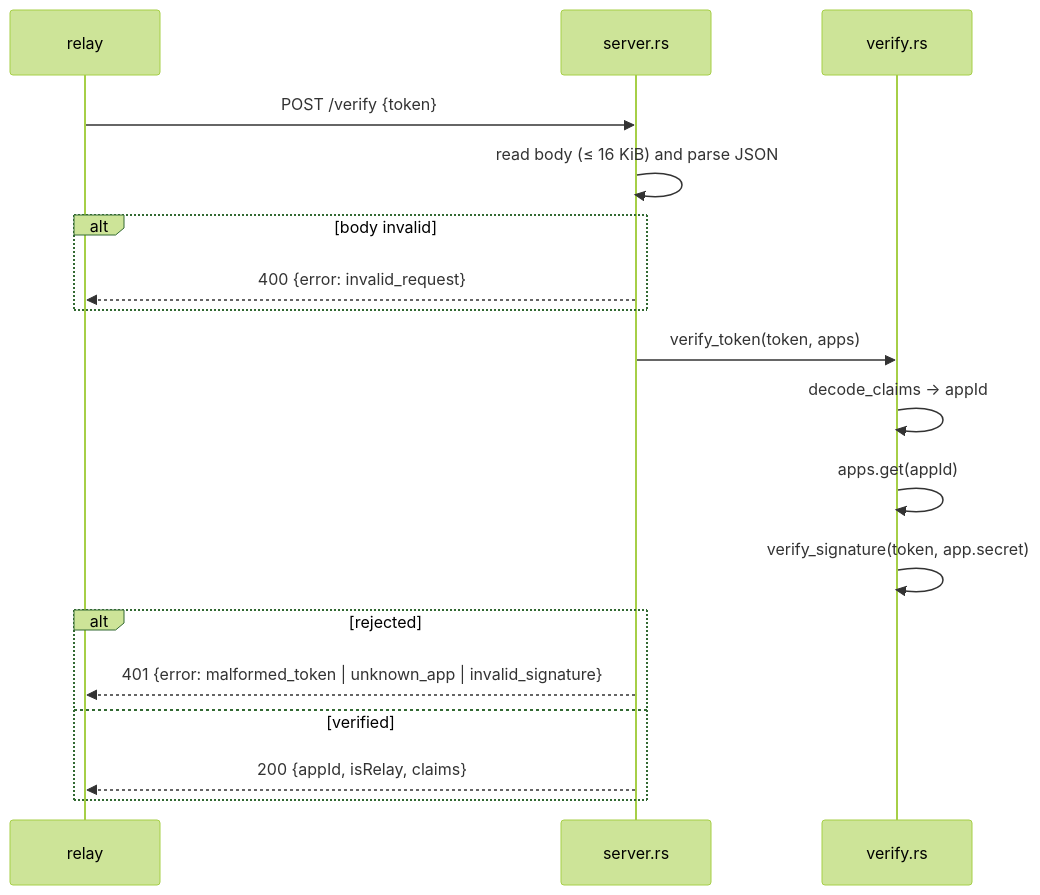
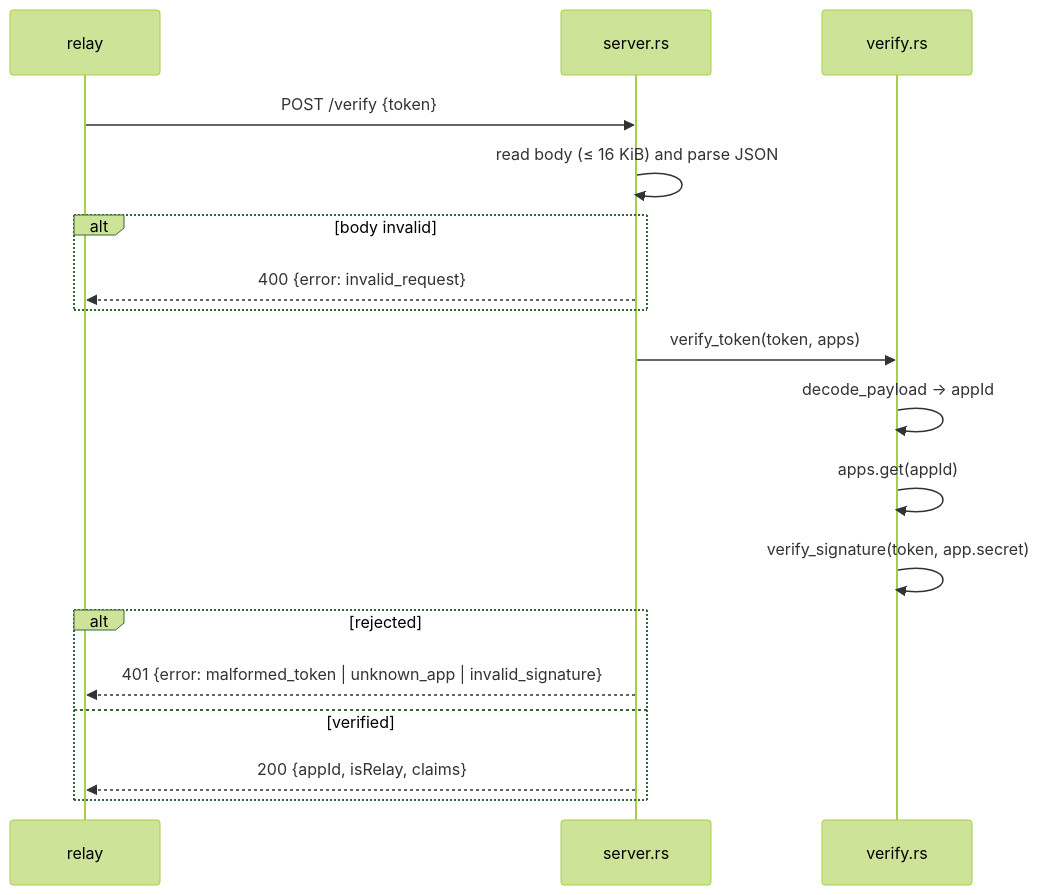
Before and after one commit to nttcom/moq-wasm: the diagram in docs/architecture/vts/architecture.md, drawn with Mermaid (forest theme). The commit also changed other lines of this file and 12 other files, not shown here.

````diff
--- a/docs/architecture/vts/architecture.md
+++ b/docs/architecture/vts/architecture.md
@@ -32,20 +31,20 @@
 ```mermaid
 sequenceDiagram
     participant R as relay
     participant S as server.rs
     participant V as verify.rs
     R->>S: POST /verify {token}
     S->>S: read body (≤ 16 KiB) and parse JSON
     alt body invalid
         S-->>R: 400 {error: invalid_request}
     end
     S->>V: verify_token(token, apps)
-    V->>V: decode_claims → appId
+    V->>V: decode_payload → appId
     V->>V: apps.get(appId)
     V->>V: verify_signature(token, app.secret)
     alt rejected
         S-->>R: 401 {error: malformed_token | unknown_app | invalid_signature}
     else verified
         S-->>R: 200 {appId, isRelay, claims}
     end
 ```
````
